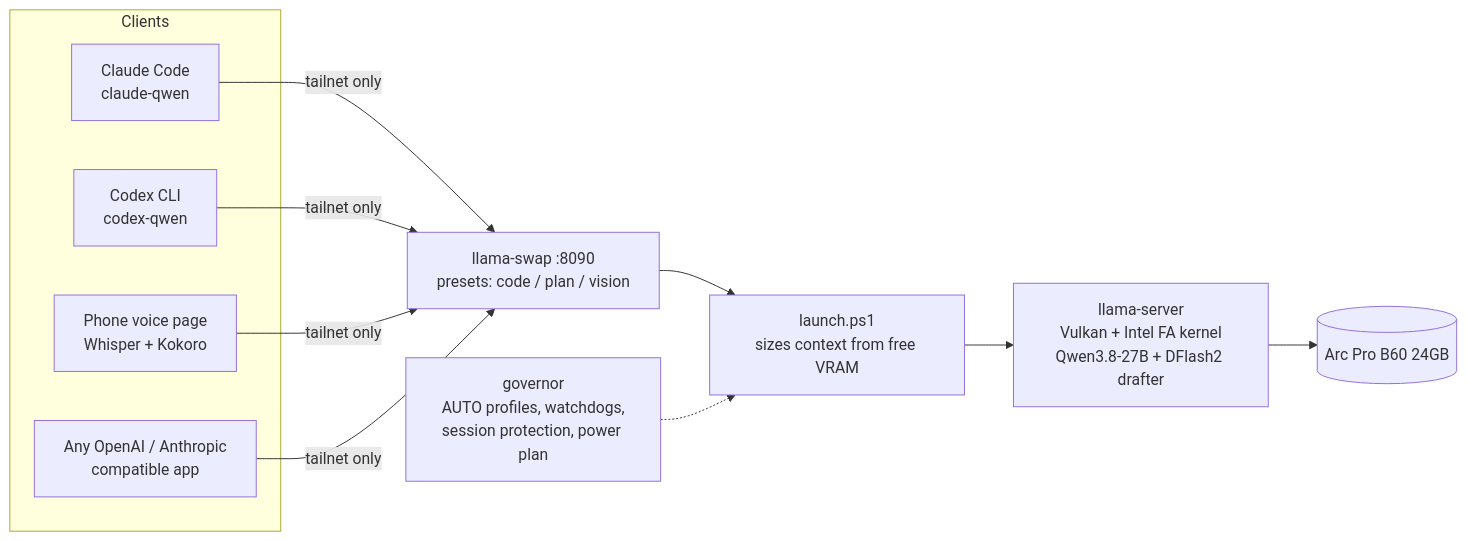
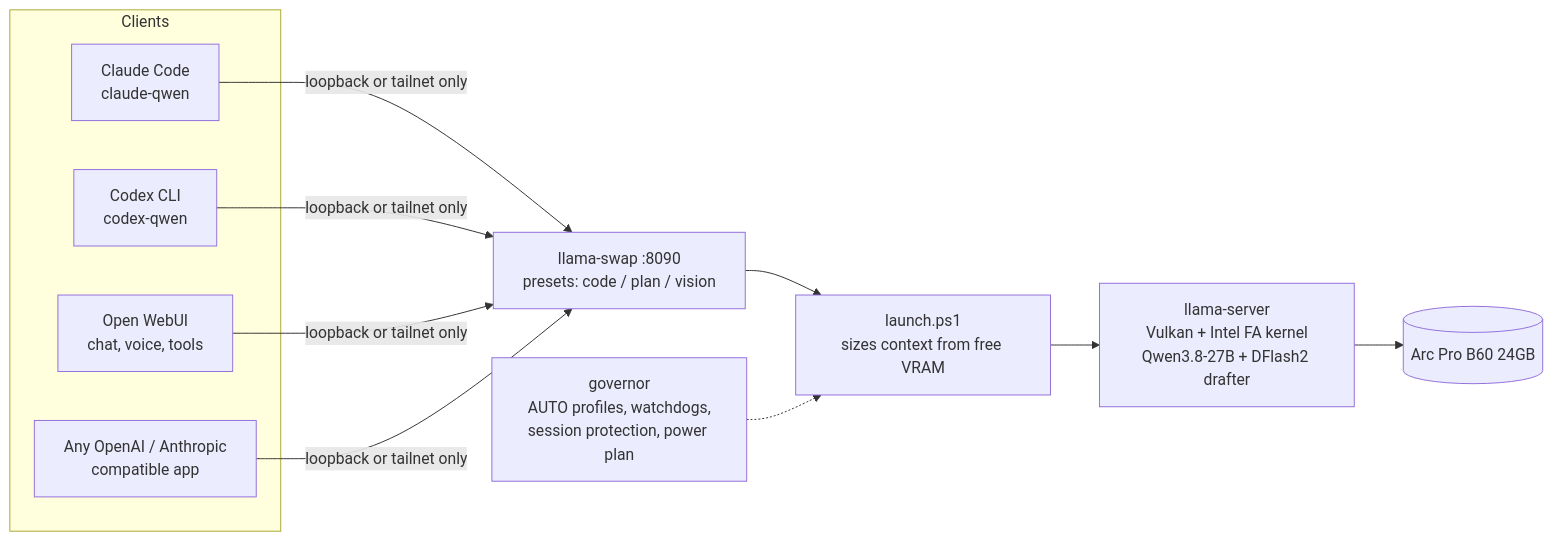
One commit to edagher92-coder/arc-llm-lab changed the diagram in README.md. Above: the diagram before and after it, drawn with Mermaid. The commit also changed other lines of this file and 104 other files, not shown here.

````diff
--- a/README.md
+++ b/README.md
@@ -87,14 +141,14 @@
 ```mermaid
 flowchart LR
   subgraph Clients
     CC[Claude Code<br/>claude-qwen]
     CX[Codex CLI<br/>codex-qwen]
-    PH[Phone voice page<br/>Whisper + Kokoro]
+    OW[Open WebUI<br/>chat, voice, tools]
     API[Any OpenAI / Anthropic<br/>compatible app]
   end
-  CC & CX & PH & API -->|tailnet only| SW[llama-swap :8090<br/>presets: code / plan / vision]
+  CC & CX & OW & API -->|"loopback or tailnet only"| SW[llama-swap :8090<br/>presets: code / plan / vision]
   SW --> LA[launch.ps1<br/>sizes context from free VRAM]
   GOV[governor<br/>AUTO profiles, watchdogs,<br/>session protection, power plan] -.-> LA
   LA --> LS[llama-server<br/>Vulkan + Intel FA kernel<br/>Qwen3.8-27B + DFlash2 drafter]
   LS --> GPU[(Arc Pro B60 24GB)]
 ```
````
